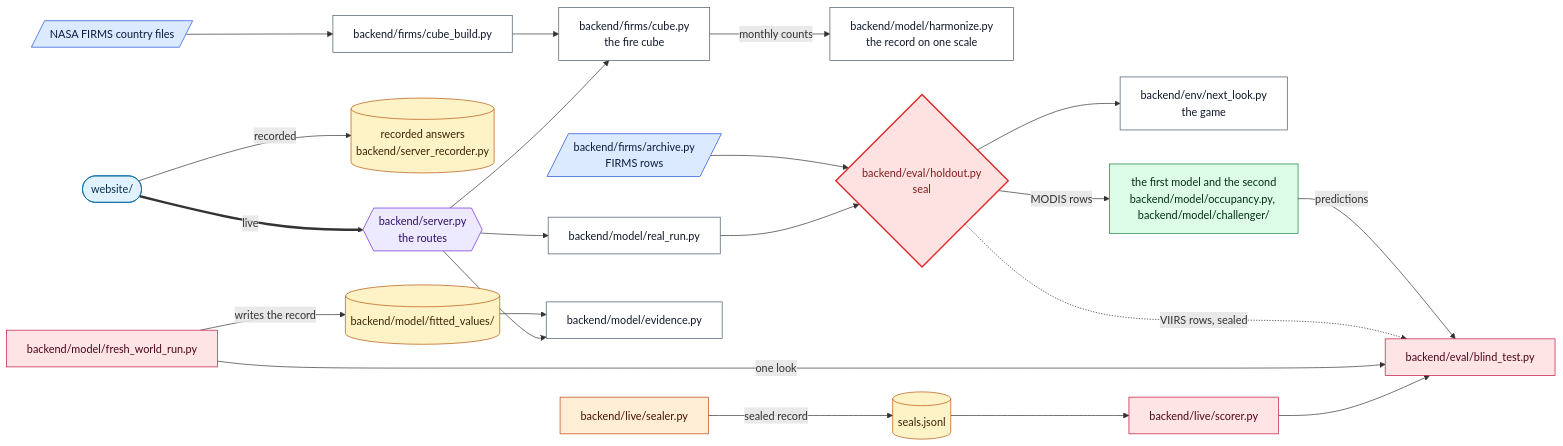
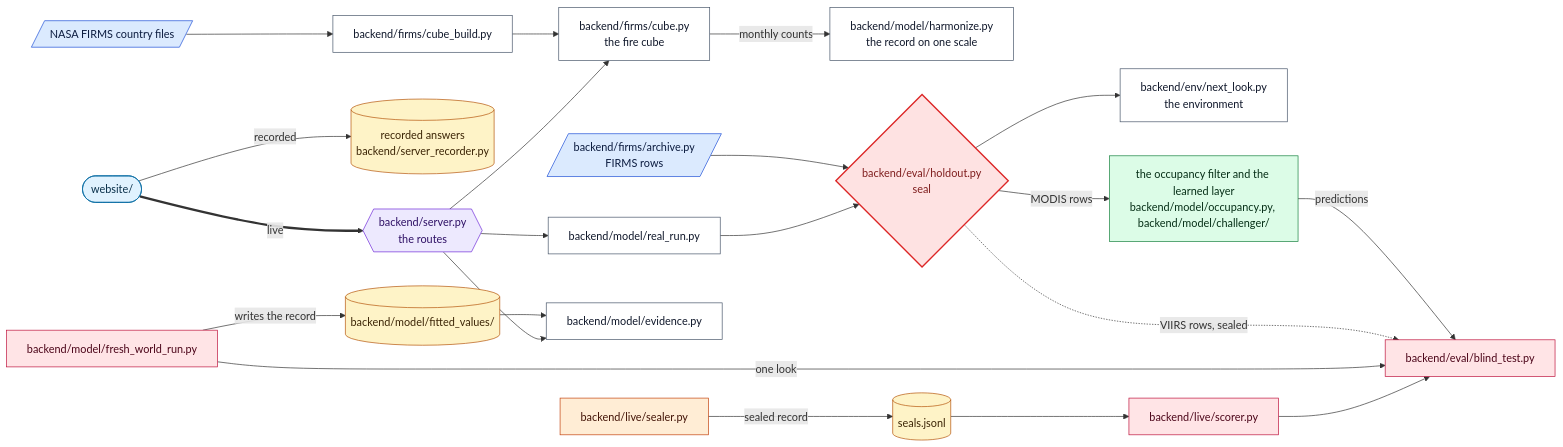
Before and after one commit to glendonC/isogon: the diagram in README.md, drawn with Mermaid. The commit also changed other lines of this file, not shown here.

Commit message:
Describe the landing page, the three parts, the results as decided and the seal log in the README.

````diff
--- a/README.md
+++ b/README.md
@@ -70,28 +106,28 @@
 ```mermaid
 flowchart LR
   site(["website/"]):::site ==>|"live"| server{{"backend/server.py<br/>the routes"}}:::route
   site -->|"recorded"| rec[("recorded answers<br/>backend/server_recorder.py")]:::store
   files[/"NASA FIRMS country files"/]:::nasa --> build["backend/firms/cube_build.py"]:::module --> cube["backend/firms/cube.py<br/>the fire cube"]:::module
   cube -->|"monthly counts"| harm["backend/model/harmonize.py<br/>the record on one scale"]:::module
   server --> cube
   rows[/"backend/firms/archive.py<br/>FIRMS rows"/]:::nasa --> seal{"backend/eval/holdout.py<br/>seal"}:::wall
   server --> run["backend/model/real_run.py"]:::module
   run --> seal
-  seal --> env["backend/env/next_look.py<br/>the game"]:::module
-  seal -->|"MODIS rows"| models["the first model and the second<br/>backend/model/occupancy.py, backend/model/challenger/"]:::model
+  seal --> env["backend/env/next_look.py<br/>the environment"]:::module
+  seal -->|"MODIS rows"| models["the occupancy filter and the learned layer<br/>backend/model/occupancy.py, backend/model/challenger/"]:::model
   models -->|"predictions"| bt["backend/eval/blind_test.py"]:::test
   seal -.->|"VIIRS rows, sealed"| bt
   look["backend/model/fresh_world_run.py"]:::test -->|"one look"| bt
   look -->|"writes the record"| recs[("backend/model/fitted_values/")]:::store --> ev["backend/model/evidence.py"]:::module
   server --> ev
   live["backend/live/sealer.py"]:::live -->|"sealed record"| log[("seals.jsonl")]:::store --> score["backend/live/scorer.py"]:::test --> bt
   classDef nasa fill:#dbeafe,stroke:#1d4ed8,color:#0b1b3f
   classDef module fill:#ffffff,stroke:#475569,color:#0f172a
   classDef store fill:#fef3c7,stroke:#b45309,color:#3b2405
   classDef route fill:#ede9fe,stroke:#6d28d9,color:#2e1065
   classDef model fill:#dcfce7,stroke:#15803d,color:#052e16
   classDef test fill:#ffe4e6,stroke:#be123c,color:#4c0519
   classDef live fill:#ffedd5,stroke:#c2410c,color:#431407
   classDef wall fill:#fee2e2,stroke:#dc2626,stroke-width:2px,color:#7f1d1d
   classDef site fill:#e0f2fe,stroke:#0369a1,color:#082f49
 ```
````
